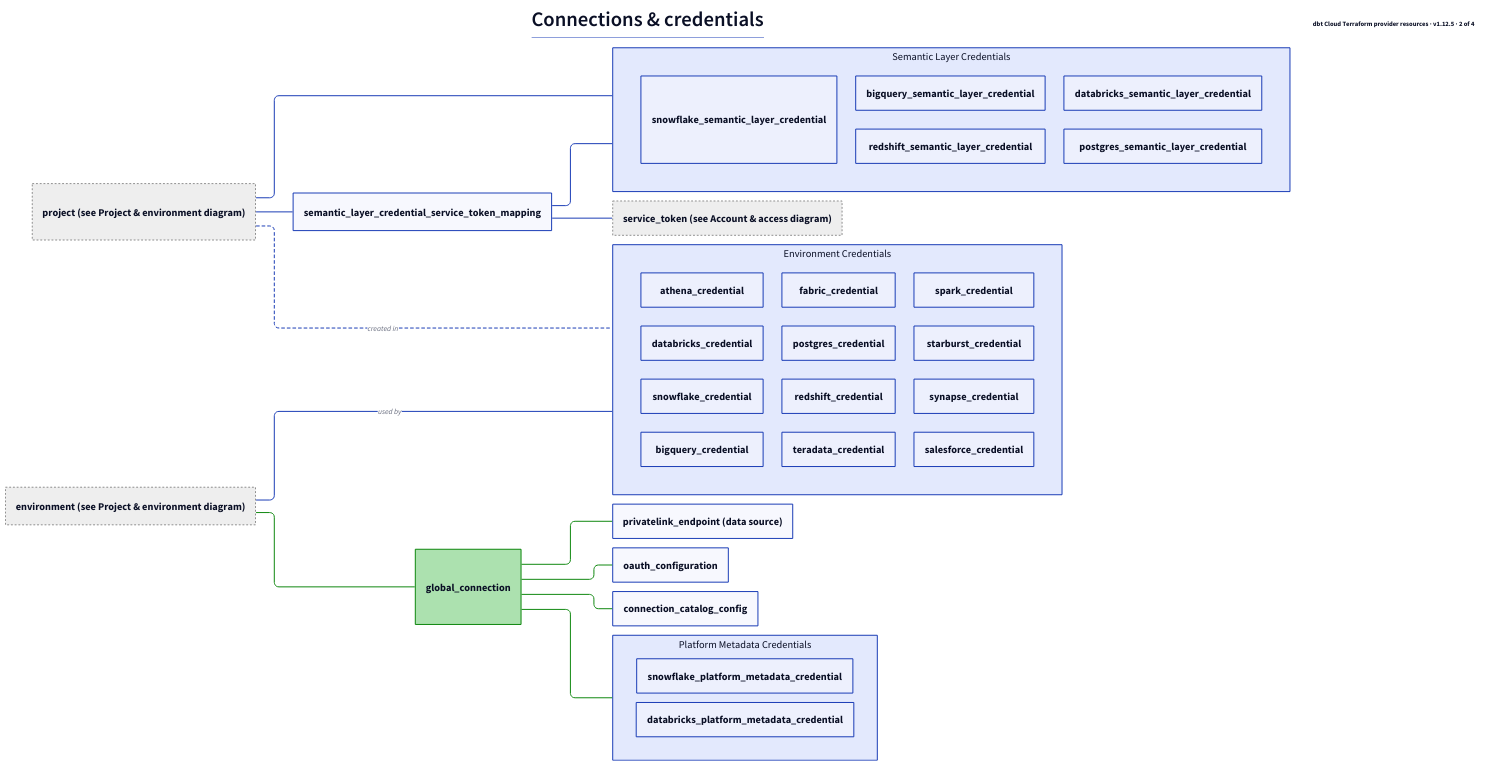
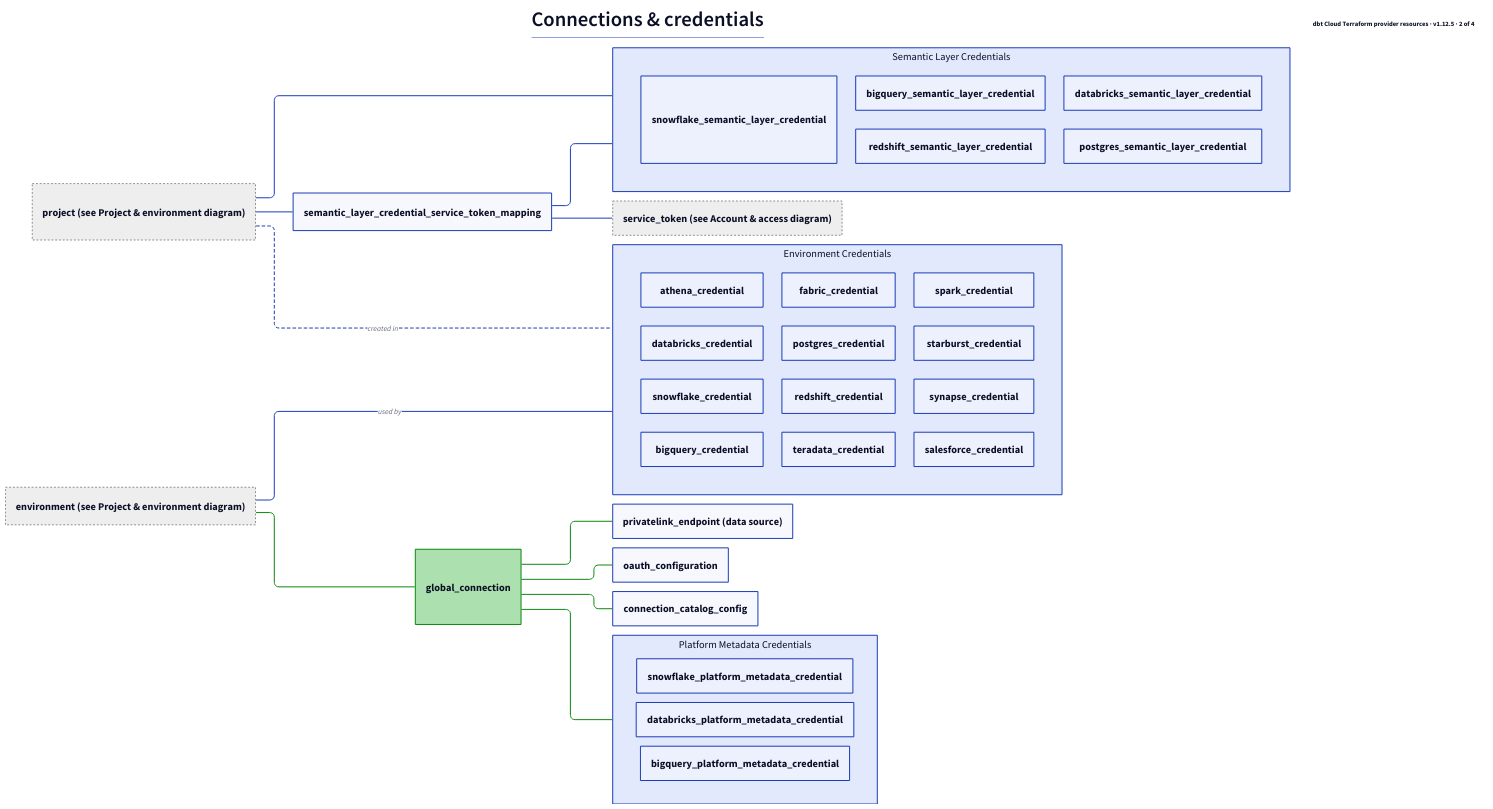
The diagram in terraform_resources_connections_credentials.d2 (dbt-labs/terraform-provider-dbtcloud), drawn with D2 before and after one commit. The commit also changed 2 other files, not shown here.

```diff
--- a/terraform_resources_connections_credentials.d2
+++ b/terraform_resources_connections_credentials.d2
@@ -1,104 +1,105 @@
 vars: {
   d2-config: {
     layout-engine: elk
   }
 }
 
 *.style.font-size: 22
 *.*.style.font-size: 22
 
 title: |md
   # Connections & credentials
 | {near: top-center}
 
 version_note: "dbt Cloud Terraform provider resources · v1.12.5 · 2 of 4" {
   near: top-right
   style: {
     font-size: 14
     stroke: transparent
     fill: transparent
   }
 }
 
 direction: right
 
 classes: {
   external: {
     style: {
       stroke-dash: 2
       stroke: "#888888"
       fill: "#EEEEEE"
     }
   }
 }
 
 project: "project (see Project & environment diagram)" {
   class: external
 }
 environment: "environment (see Project & environment diagram)" {
   class: external
 }
 service_token: "service_token (see Account & access diagram)" {
   class: external
 }
 
 global_connection: {
   style: {
     fill: "#ACE1AF"
     stroke: green
   }
 }
 oauth_configuration
 privatelink_endpoint: privatelink_endpoint (data source)
 connection_catalog_config
 semantic_layer_credential_service_token_mapping
 
 env_creds: Environment Credentials {
   grid-columns: 3
   athena_credential
   databricks_credential
   snowflake_credential
   bigquery_credential
   fabric_credential
   postgres_credential
   redshift_credential
   teradata_credential
   spark_credential
   starburst_credential
   synapse_credential
   salesforce_credential
 }
 
 semantic_layer: Semantic Layer Credentials {
   grid-columns: 3
   snowflake_semantic_layer_credential
   bigquery_semantic_layer_credential
   redshift_semantic_layer_credential
   databricks_semantic_layer_credential
   postgres_semantic_layer_credential
 }
 
 platform_metadata: Platform Metadata Credentials {
   snowflake_platform_metadata_credential
   databricks_platform_metadata_credential
+  bigquery_platform_metadata_credential
 }
 
 environment -- global_connection
 project -- env_creds: created in {
   style: {
     stroke-dash: 3
   }
 }
 environment -- env_creds: used by
 global_connection -- privatelink_endpoint
 global_connection -- oauth_configuration
 global_connection -- connection_catalog_config
 global_connection -- platform_metadata
 
 project -- semantic_layer
 project -- semantic_layer_credential_service_token_mapping
 semantic_layer_credential_service_token_mapping -- semantic_layer
 semantic_layer_credential_service_token_mapping -- service_token
 
 (global_connection -- *)[*].style.stroke: green
 (* -- global_connection)[*].style.stroke: green
```
